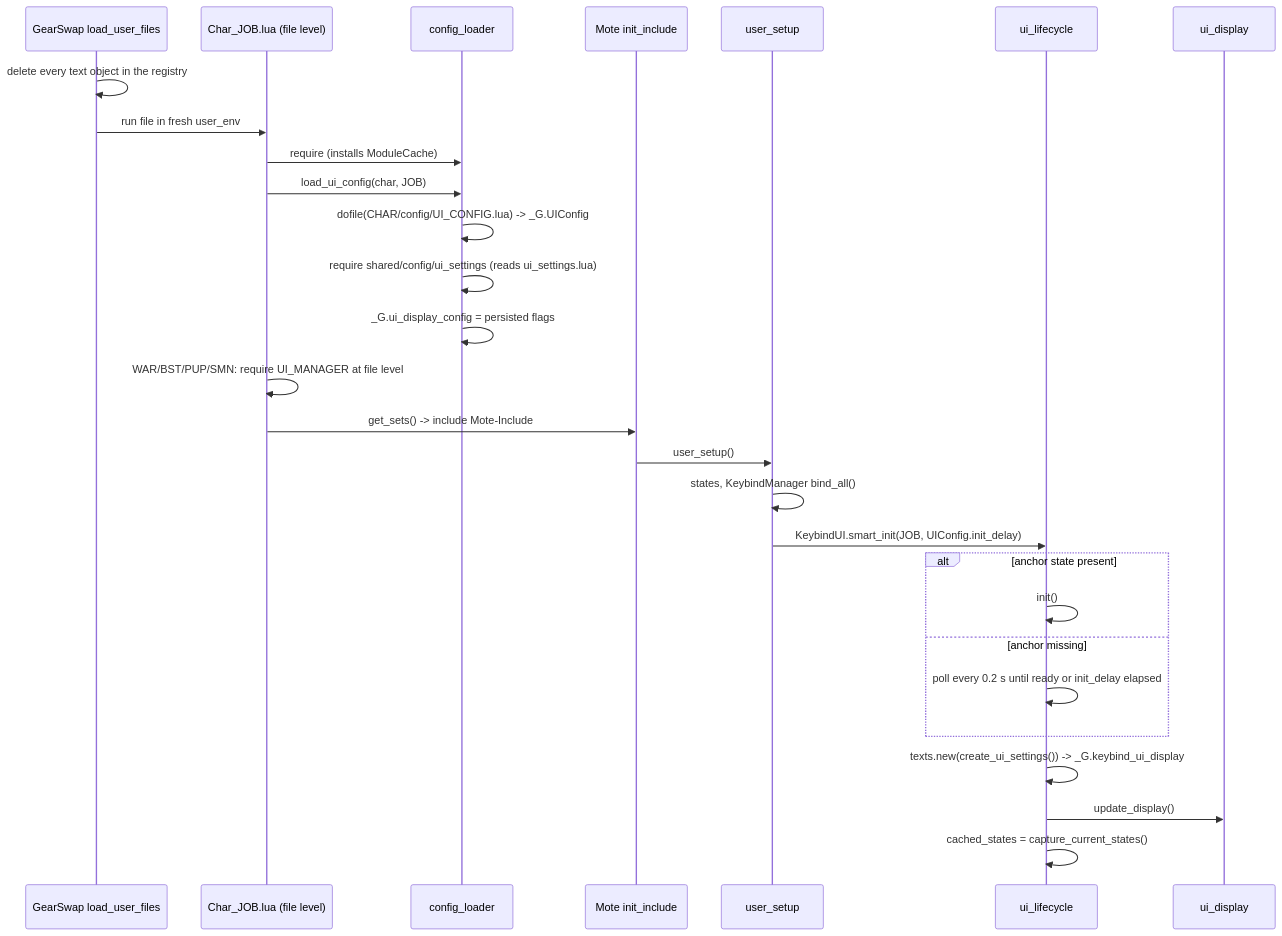
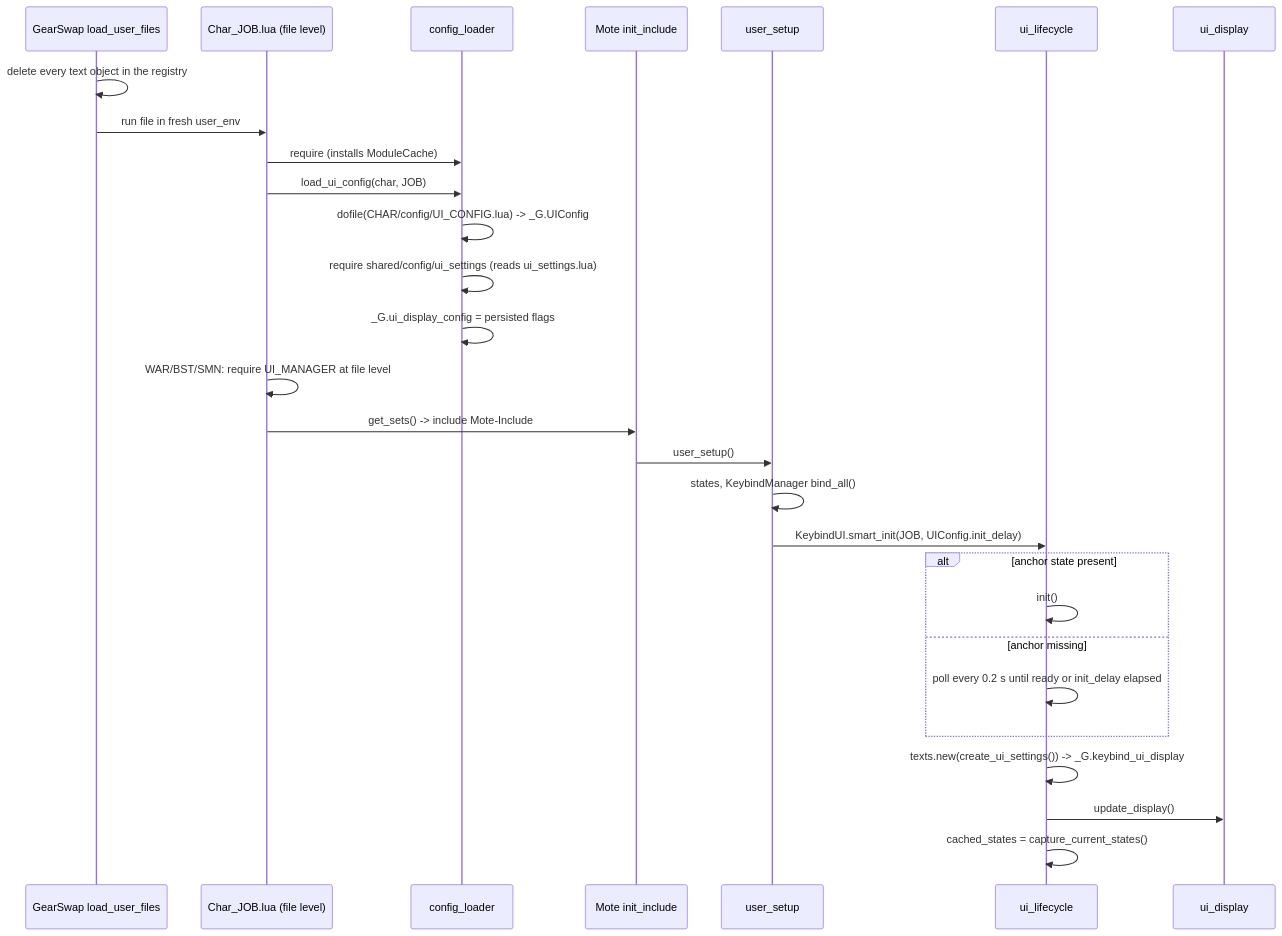
One commit to ejouanchicot/Gearswap changed the first of 5 diagrams in docs/dev/systems/ui-overlay.md. Above: the diagram before and after it, drawn with Mermaid. The commit also changed other lines of this file and 51 other files, not shown here.

````diff
--- a/docs/dev/systems/ui-overlay.md
+++ b/docs/dev/systems/ui-overlay.md
@@ -67,30 +67,30 @@
 ```mermaid
 sequenceDiagram
     participant GS as GearSwap load_user_files
     participant Entry as Char_JOB.lua (file level)
     participant CL as config_loader
     participant Mote as Mote init_include
     participant US as user_setup
     participant LC as ui_lifecycle
     participant D as ui_display
     GS->>GS: delete every text object in the registry
     GS->>Entry: run file in fresh user_env
     Entry->>CL: require (installs ModuleCache)
     Entry->>CL: load_ui_config(char, JOB)
     CL->>CL: dofile(CHAR/config/UI_CONFIG.lua) -> _G.UIConfig
     CL->>CL: require shared/config/ui_settings (reads ui_settings.lua)
     CL->>CL: _G.ui_display_config = persisted flags
-    Entry->>Entry: WAR/BST/PUP/SMN: require UI_MANAGER at file level
+    Entry->>Entry: WAR/BST/SMN: require UI_MANAGER at file level
     Entry->>Mote: get_sets() -> include Mote-Include
     Mote->>US: user_setup()
     US->>US: states, KeybindManager bind_all()
     US->>LC: KeybindUI.smart_init(JOB, UIConfig.init_delay)
     alt anchor state present
         LC->>LC: init()
     else anchor missing
         LC->>LC: poll every 0.2 s until ready or init_delay elapsed
     end
     LC->>LC: texts.new(create_ui_settings()) -> _G.keybind_ui_display
     LC->>D: update_display()
     LC->>LC: cached_states = capture_current_states()
 ```
````
